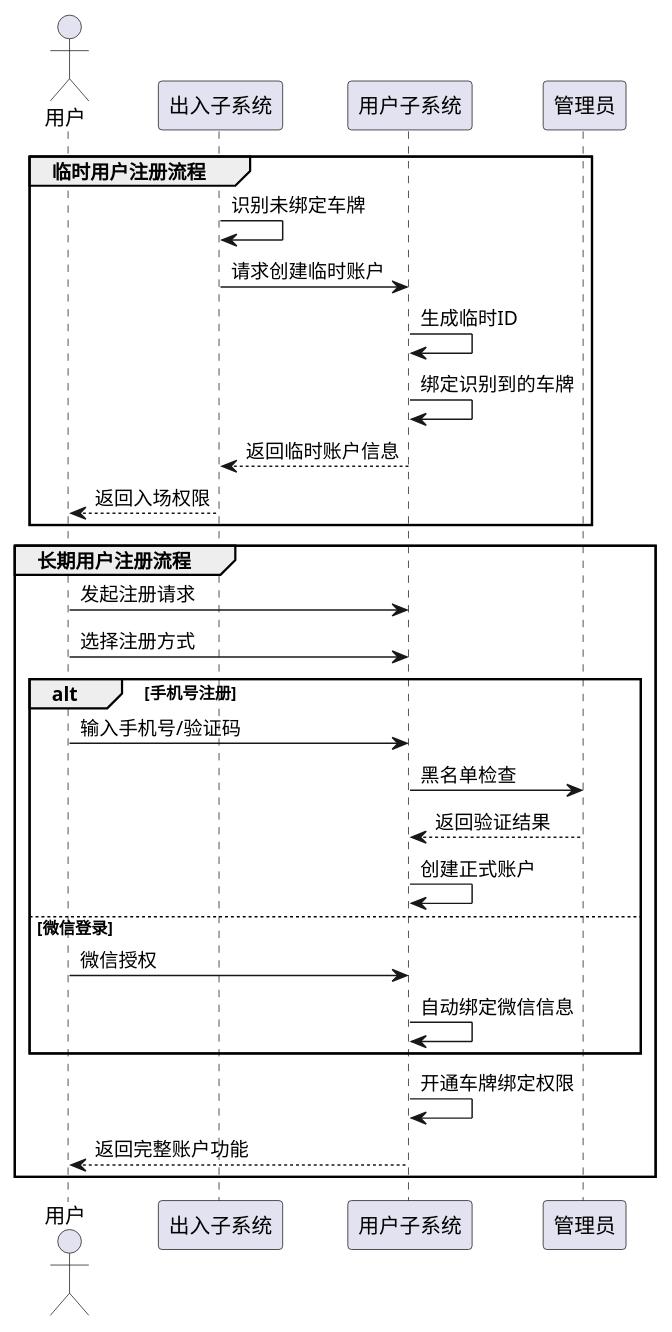
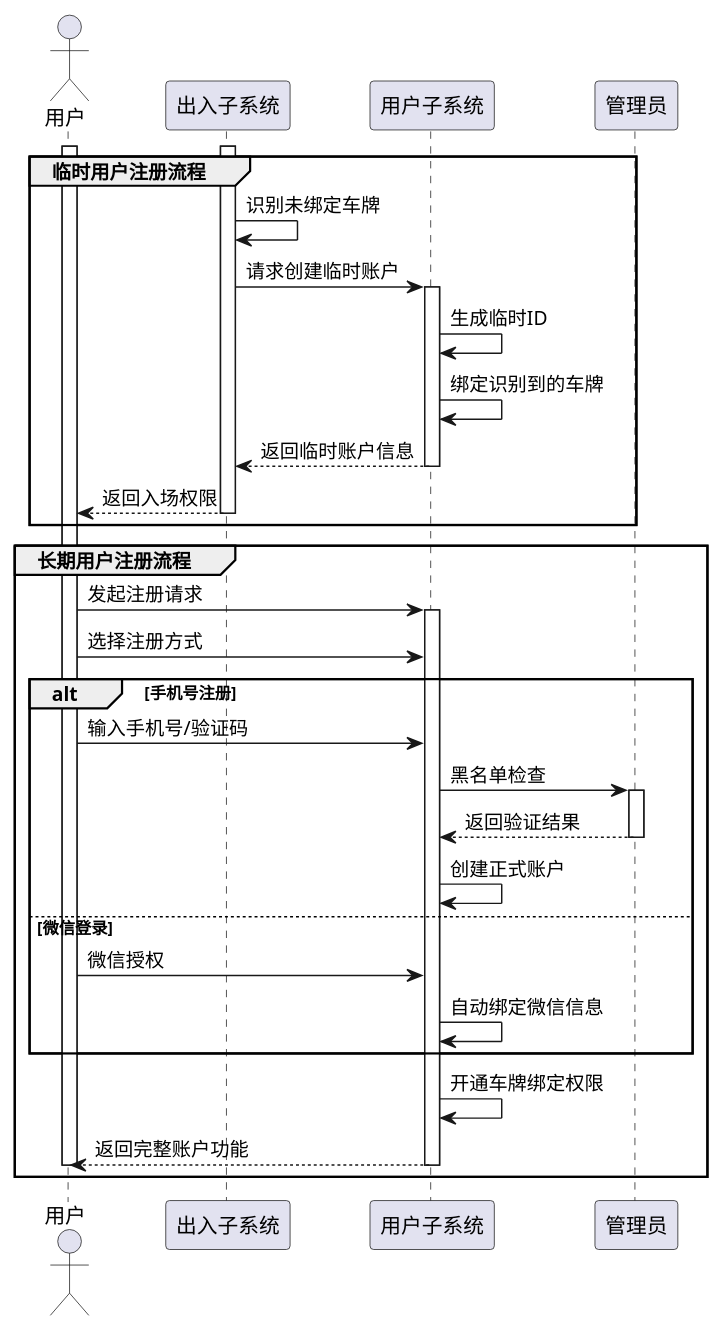
The diagram in uml/活动图时序图/用户注册图.plantuml (heichiii/srs_result), drawn with PlantUML before and after one commit. The commit also changed 8 other files, not shown here.

Commit message:
时序图修改

```diff
--- a/uml/活动图时序图/用户注册图.plantuml
+++ b/uml/活动图时序图/用户注册图.plantuml
@@ -1,31 +1,42 @@
-@startuml
+@startuml 用户注册时序图
 actor 用户
 participant "出入子系统" as 出入系统
 participant "用户子系统" as 用户系统
 participant "管理员" as 管理员
 
 group 临时用户注册流程
+  activate 出入系统
   出入系统 -> 出入系统: 识别未绑定车牌
   出入系统 -> 用户系统: 请求创建临时账户
-  用户系统 -> 用户系统: 生成临时ID
-  用户系统 -> 用户系统: 绑定识别到的车牌
-  用户系统 --> 出入系统: 返回临时账户信息
+  activate 用户系统
+    用户系统 -> 用户系统: 生成临时ID
+    用户系统 -> 用户系统: 绑定识别到的车牌
+    用户系统 --> 出入系统: 返回临时账户信息
+  deactivate 用户系统
   出入系统 --> 用户: 返回入场权限
+  deactivate 出入系统
 end
 
 group 长期用户注册流程
+  activate 用户
   用户 -> 用户系统: 发起注册请求
+  activate 用户系统
   用户 -> 用户系统: 选择注册方式
-  alt 手机号注册
-    用户 -> 用户系统: 输入手机号/验证码
-    用户系统 -> 管理员: 黑名单检查
-    管理员 --> 用户系统: 返回验证结果
-    用户系统 -> 用户系统: 创建正式账户
-  else 微信登录
-    用户 -> 用户系统: 微信授权
-    用户系统 -> 用户系统: 自动绑定微信信息
-  end
-  用户系统 -> 用户系统: 开通车牌绑定权限
-  用户系统 --> 用户: 返回完整账户功能
+  
+    alt 手机号注册
+      用户 -> 用户系统: 输入手机号/验证码
+      用户系统 -> 管理员: 黑名单检查
+      activate 管理员
+        管理员 --> 用户系统: 返回验证结果
+      deactivate 管理员
+      用户系统 -> 用户系统: 创建正式账户
+    else 微信登录
+      用户 -> 用户系统: 微信授权
+      用户系统 -> 用户系统: 自动绑定微信信息
+    end
+    用户系统 -> 用户系统: 开通车牌绑定权限
+    用户系统 --> 用户: 返回完整账户功能
+  deactivate 用户系统
+  deactivate 用户
 end
 @enduml
```
